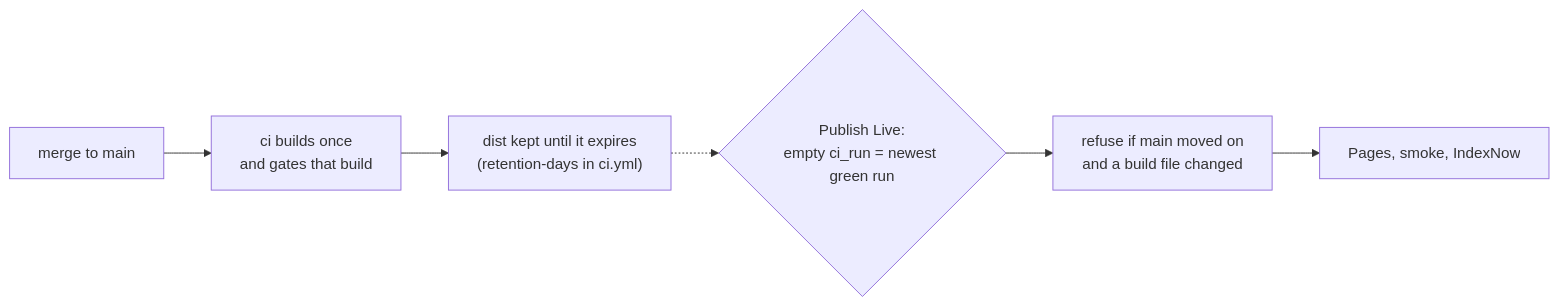
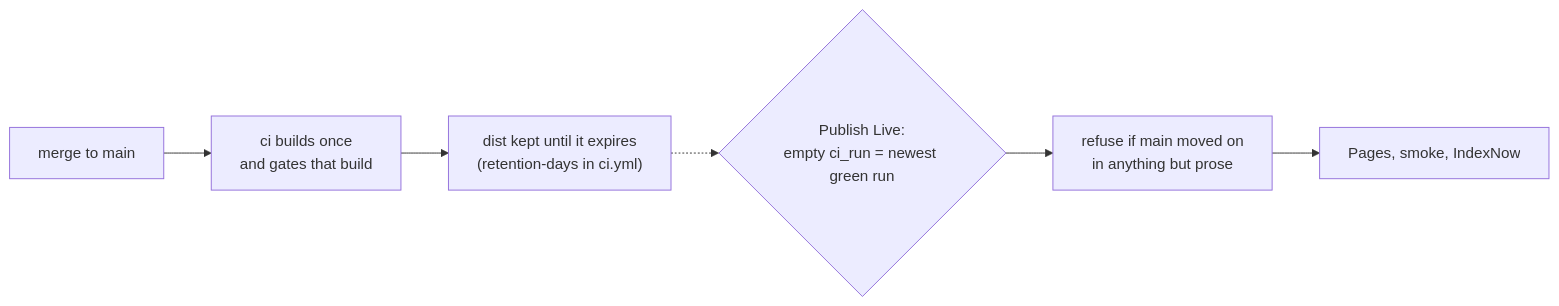
One commit to meshin-co/website changed the diagram in site/.agents/skills/publish-the-build.md. Above: the diagram before and after it, drawn with Mermaid. The commit also changed 4 other files, not shown here.

First line of the commit message:
fix(publish): say non-prose, not build file, in all three places

````diff
--- a/site/.agents/skills/publish-the-build.md
+++ b/site/.agents/skills/publish-the-build.md
@@ -58,8 +58,8 @@
 ```mermaid
 flowchart LR
     A["merge to main"] --> B["ci builds once<br/>and gates that build"]
     B --> C["dist kept until it expires<br/>(retention-days in ci.yml)"]
     C -.-> D{"Publish Live:<br/>empty ci_run = newest green run"}
-    D --> G["refuse if main moved on<br/>and a build file changed"]
+    D --> G["refuse if main moved on<br/>in anything but prose"]
     G --> H["Pages, smoke, IndexNow"]
 ```
````
